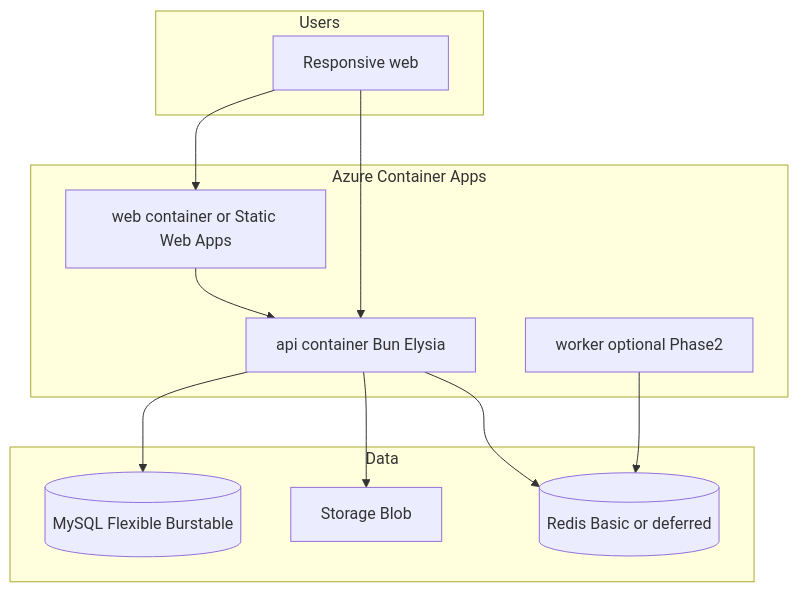
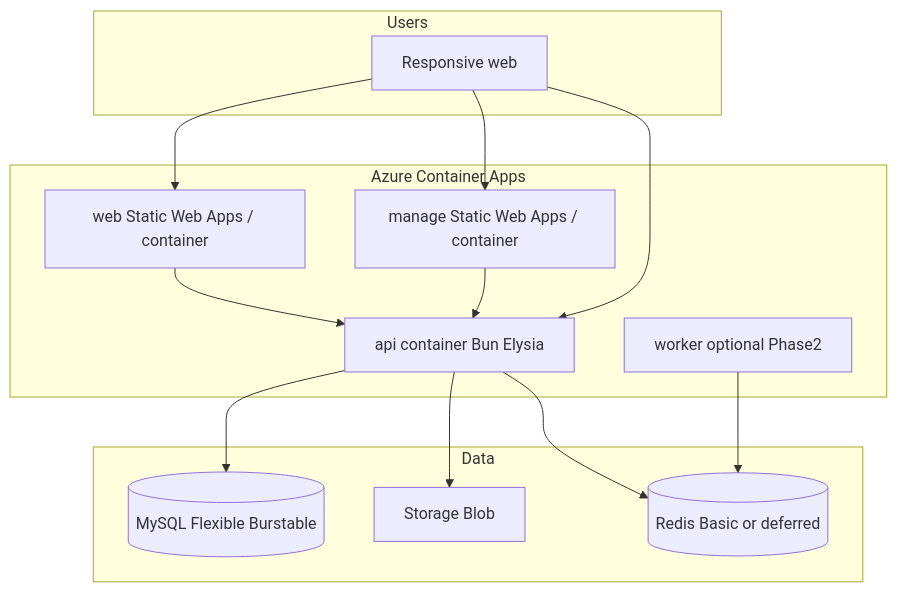
One commit to engineersbay/society-hub changed the diagram in devops/README.md. Above: the diagram before and after it, drawn with Mermaid. The commit also changed other lines of this file and 72 other files, not shown here.

First line of the commit message:
feat: add manage app and rename web to client-app

````diff
--- a/devops/README.md
+++ b/devops/README.md
@@ -43,26 +44,29 @@
 ```mermaid
 flowchart TB
   subgraph users [Users]
     Browser[Responsive web]
   end
 
   subgraph aca [Azure Container Apps]
-    Web["web container or Static Web Apps"]
+    Web["web Static Web Apps / container"]
+    Manage["manage Static Web Apps / container"]
     API["api container Bun Elysia"]
     Worker["worker optional Phase2"]
   end
 
   subgraph data [Data]
     MySQL[(MySQL Flexible Burstable)]
     Redis[(Redis Basic or deferred)]
     Blob[Storage Blob]
   end
 
   Browser --> Web
+  Browser --> Manage
   Browser --> API
   Web --> API
+  Manage --> API
   API --> MySQL
   API --> Blob
   API --> Redis
   Worker --> Redis
 ```
````
